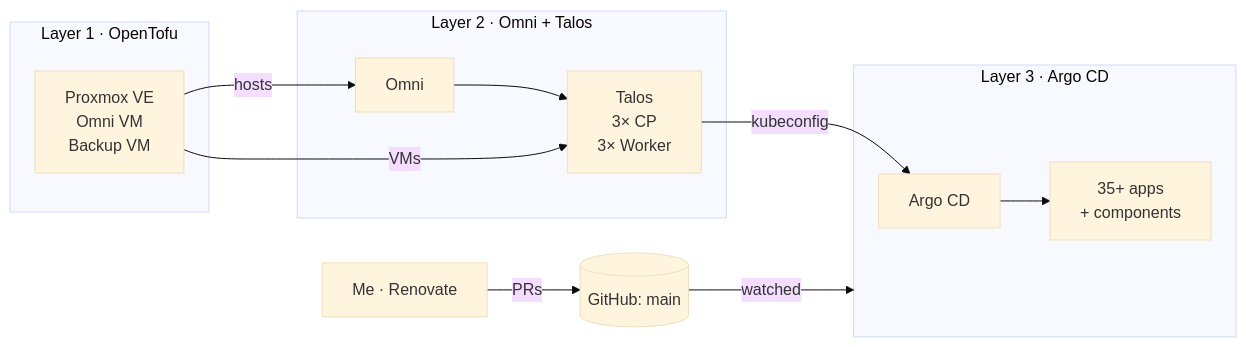
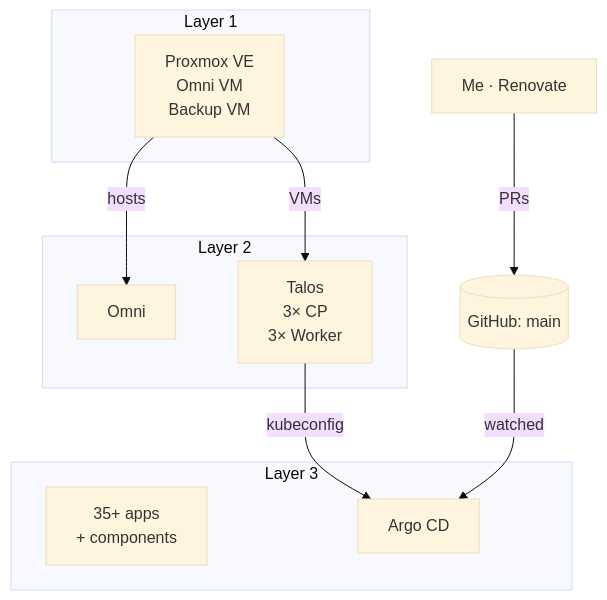
The first of 2 diagrams in README.md (alexander-zimmermann/lares), drawn with Mermaid (base theme) before and after one commit. The commit also changed other lines of this file, not shown here.

Commit message:
docs(readme): stack layers top to bottom, both edges on Argo CD
The left-to-right stack diagram sent kubeconfig to the Argo CD node
but watched to the Layer 3 box. The diagram now switches to the
classic dagre layout through its frontmatter (GitHub defaults to ELK
and honours the override), stacks the layers top to bottom, and ends
both edges on Argo CD. Layer titles are just "Layer 1-3" so the
incoming edges don't cross them.

````diff
--- a/README.md
+++ b/README.md
@@ -92,17 +92,24 @@
 ```mermaid
-flowchart LR
-    subgraph L1["Layer 1 · OpenTofu"]
+---
+config:
+  layout: dagre
+---
+flowchart TB
+    subgraph L1["Layer 1"]
         pve[Proxmox VE<br/>Omni VM<br/>Backup VM]
     end
-    subgraph L2["Layer 2 · Omni + Talos"]
-        omni[Omni] --> talos[Talos<br/>3× CP<br/>3× Worker]
+    subgraph L2["Layer 2"]
+        omni[Omni]
+        talos[Talos<br/>3× CP<br/>3× Worker]
     end
-    subgraph L3["Layer 3 · Argo CD"]
-        argo[Argo CD] --> apps[35+ apps<br/>+ components]
+    subgraph L3["Layer 3"]
+        apps[35+ apps<br/>+ components]
+        argo[Argo CD]
     end
     pve -- hosts --> omni
     pve -- VMs --> talos
     talos -- kubeconfig --> argo
+    omni ~~~ apps
     dev[Me · Renovate] -- PRs --> repo[(GitHub: main)]
-    repo -- watched --> L3
+    repo -- watched --> argo
 ```
````
